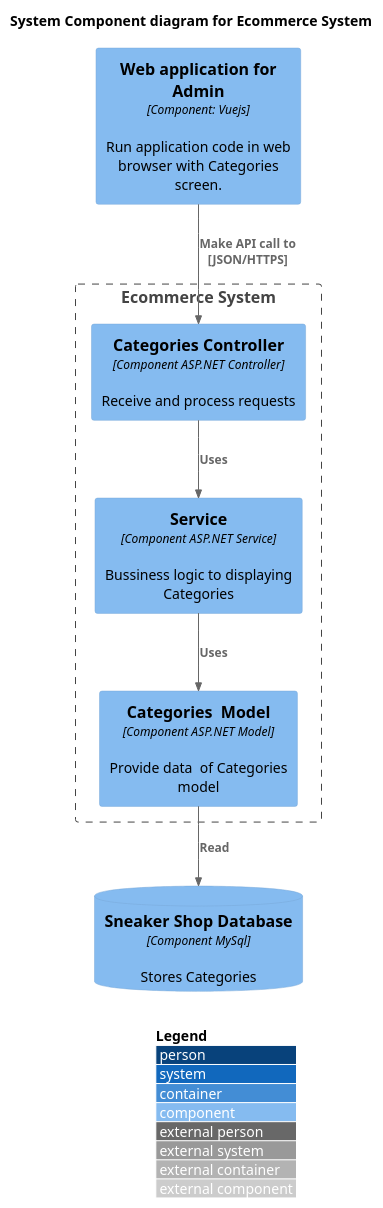
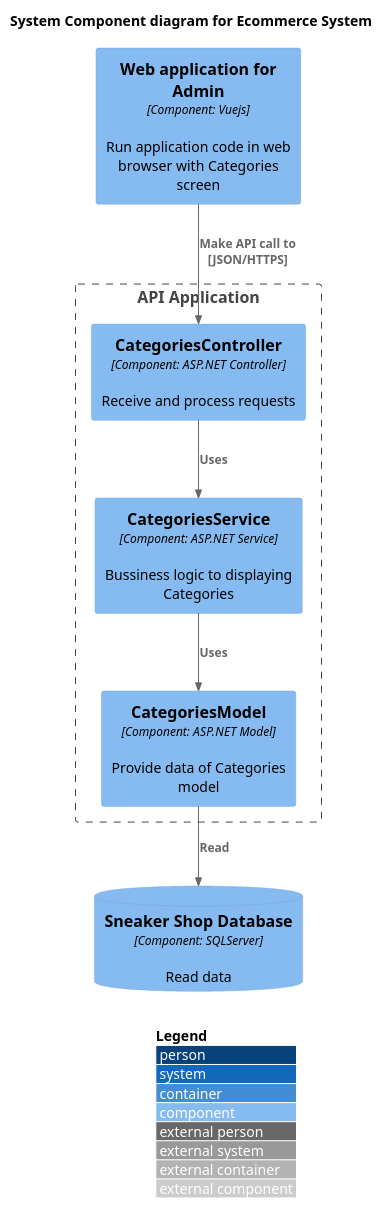
Before and after one commit to cuongchu264/PTTKHuongDoiTuong: the diagram in C4 model/Component/Categories.puml, drawn with PlantUML. The commit also changed 24 other files, not shown here.

Commit message:
Recheck component code

```diff
--- a/C4 model/Component/Categories.puml
+++ b/C4 model/Component/Categories.puml
@@ -1,23 +1,23 @@
 @startuml
 !include https://raw.githubusercontent.com/plantuml-stdlib/C4-PlantUML/master/C4_Component.puml
 ' uncomment the following line and comment the first to use locally
 ' !include C4_Component.puml
 
 LAYOUT_WITH_LEGEND()
 
 title System Component diagram for Ecommerce System
 
-Component(web_app, "Web application for Admin","Component: Vuejs", "Run application code in web browser with Categories  screen.")
-ComponentDb(db, "Sneaker Shop Database","Component MySql", "Stores Categories ")
+Component(web_app, "Web application for Admin","Component: Vuejs", "Run application code in web browser with Categories screen")
+ComponentDb(db, "Sneaker Shop Database","Component: SQLServer", "Read data ")
 
-Boundary(System, "Ecommerce System") {
-    Component(Controller, "Categories Controller", "Component ASP.NET Controller", "Receive and process requests ")
-    Component(Service, "Service","Component ASP.NET Service", "Bussiness logic to displaying Categories  ")
-    Component(model, "Categories  Model", "Component ASP.NET Model", "Provide data  of Categories  model ")
+Boundary(System, "API Application") {
+    Component(Controller, "CategoriesController", "Component: ASP.NET Controller", "Receive and process requests ")
+    Component(Service, "CategoriesService","Component: ASP.NET Service", "Bussiness logic to displaying Categories  ")
+    Component(model, "CategoriesModel", "Component: ASP.NET Model", "Provide data of Categories model ")
 
     Rel(Controller, Service, "Uses")
     Rel(Service, model, "Uses")
     Rel(model, db, "Read")
     Rel(web_app,Controller, "Make API call to [JSON/HTTPS]")
 }
 @enduml
```
